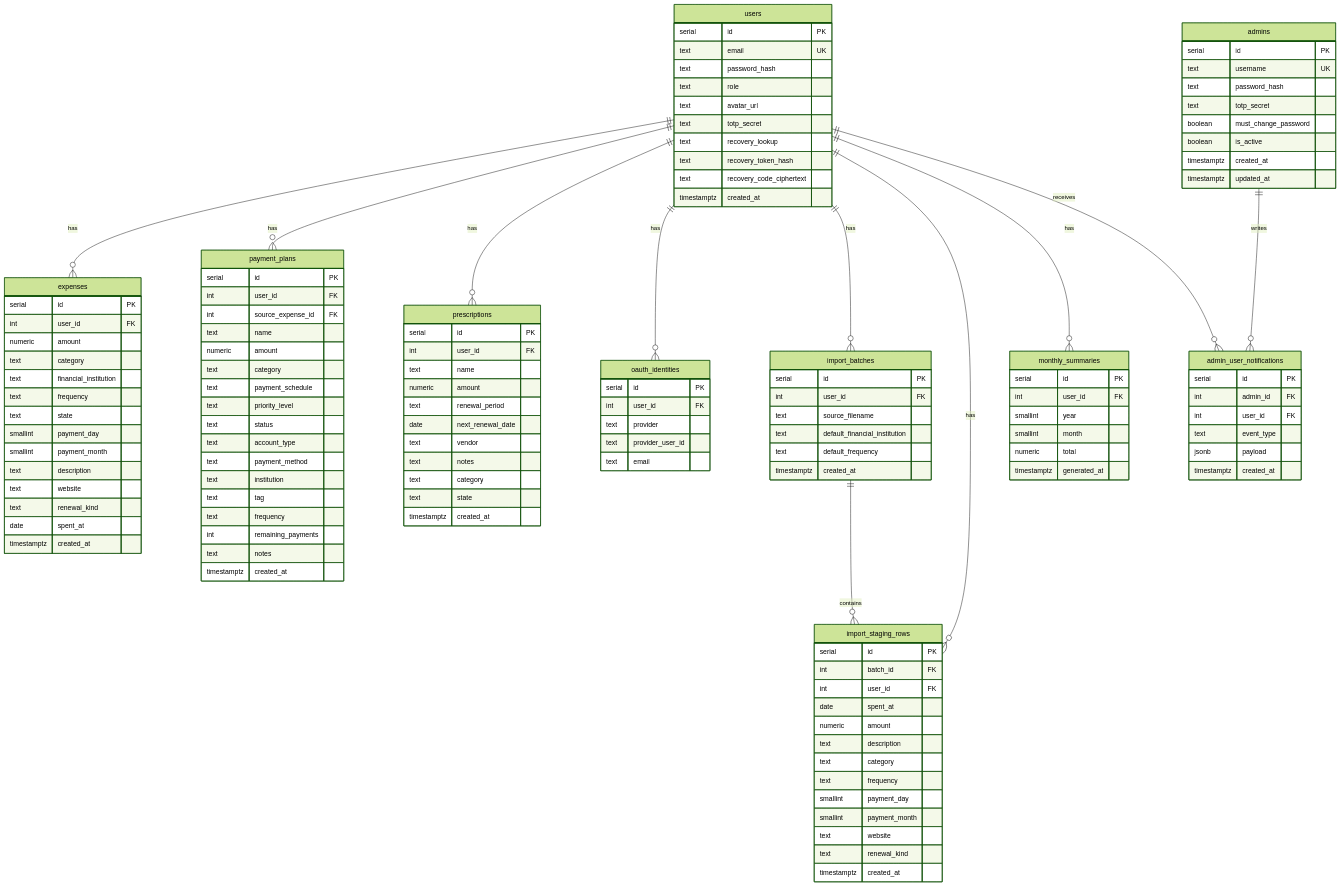
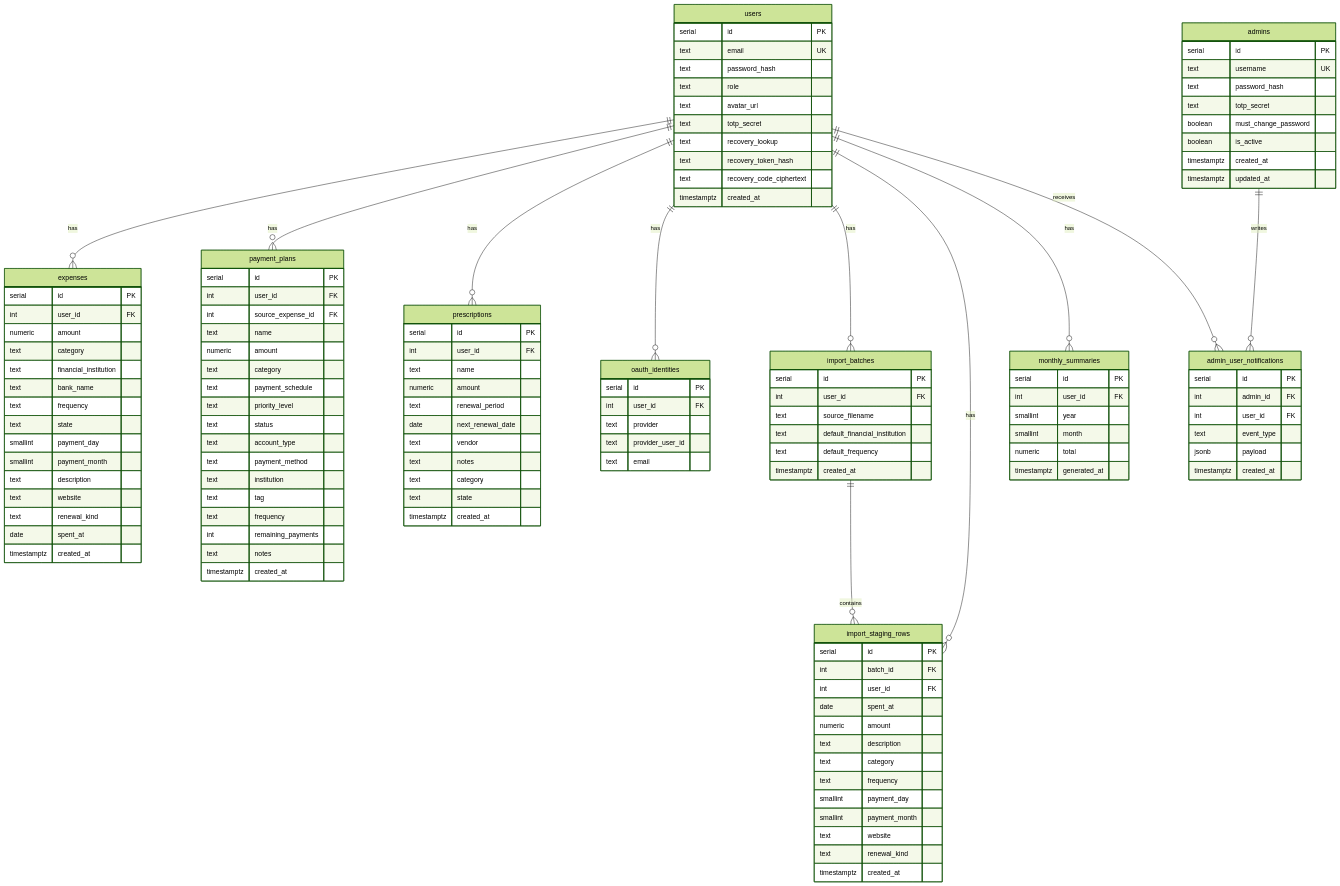
Before and after one commit to becomeonewiththecode/expense_tracker: diagram 15 of 20 in docs/ARCHITECTURE_DIAGRAM.md, drawn with Mermaid (forest theme). The commit also changed other lines of this file and 34 other files, not shown here.

```diff
--- a/docs/ARCHITECTURE_DIAGRAM.md
+++ b/docs/ARCHITECTURE_DIAGRAM.md
@@ -602,6 +606,7 @@
     numeric amount
     text category
     text financial_institution
+    text bank_name
     text frequency
     text state
     smallint payment_day
```
